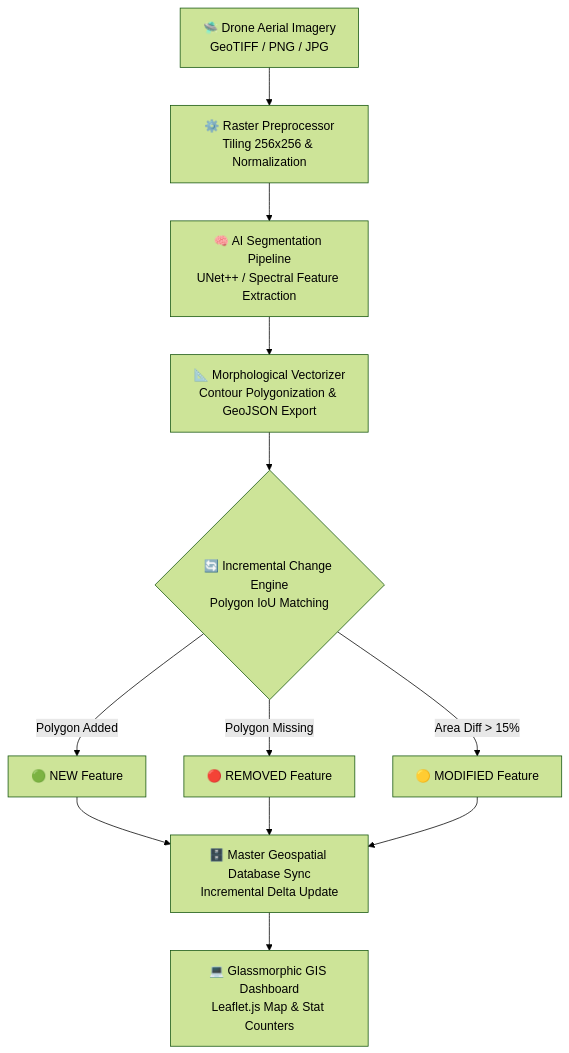
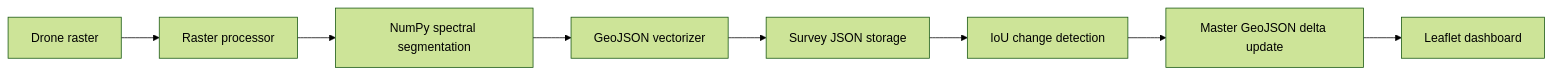
Before and after one commit to deepak-jalandhra-214/GeoNex_SIH: the diagram in README.md, drawn with Mermaid (forest theme). The commit also changed other lines of this file, not shown here.

````diff
--- a/README.md
+++ b/README.md
@@ -73,18 +32,10 @@
 ```mermaid
-graph TD
-    A[🛸 Drone Aerial Imagery<br/>GeoTIFF / PNG / JPG] --> B[⚙️ Raster Preprocessor<br/>Tiling 256x256 & Normalization]
-    B --> C[🧠 AI Segmentation Pipeline<br/>UNet++ / Spectral Feature Extraction]
-    C --> D[📐 Morphological Vectorizer<br/>Contour Polygonization & GeoJSON Export]
-    
-    D --> E{🔄 Incremental Change Engine<br/>Polygon IoU Matching}
-    
-    E -->|Polygon Added| F[🟢 NEW Feature]
-    E -->|Polygon Missing| G[🔴 REMOVED Feature]
-    E -->|Area Diff > 15%| H[🟡 MODIFIED Feature]
-    
-    F --> I[🗄️ Master Geospatial Database Sync<br/>Incremental Delta Update]
-    G --> I
-    H --> I
-    
-    I --> J[💻 Glassmorphic GIS Dashboard<br/>Leaflet.js Map & Stat Counters]
+flowchart LR
+    A[Drone raster] --> B[Raster processor]
+    B --> C[NumPy spectral segmentation]
+    C --> D[GeoJSON vectorizer]
+    D --> E[Survey JSON storage]
+    E --> F[IoU change detection]
+    F --> G[Master GeoJSON delta update]
+    G --> H[Leaflet dashboard]
 ```
````
